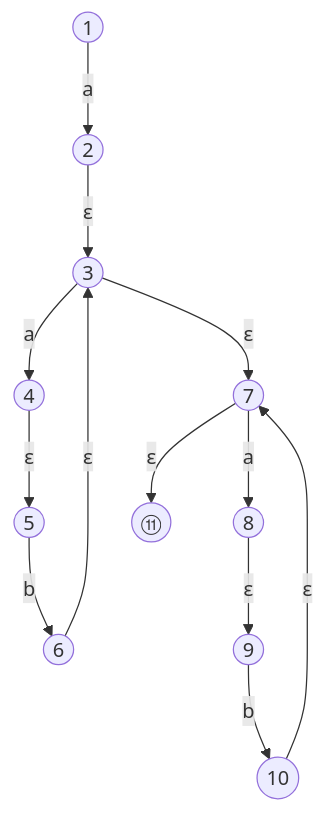
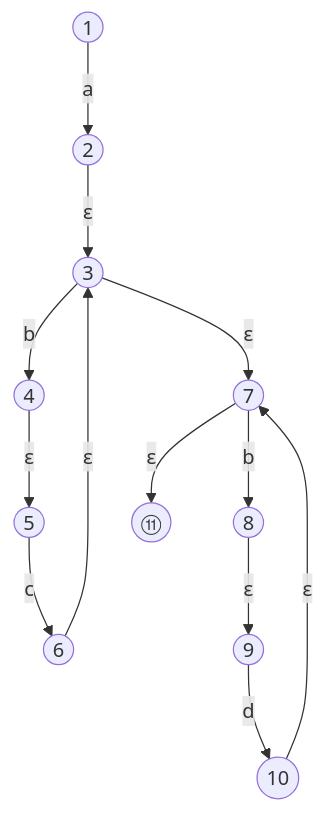
Before and after one commit to U-Ar/book-reading: the second of 3 diagrams in infomatics-textbook-series-compiler/PROBLEMS-c2.md, drawn with Mermaid. The commit also changed other lines of this file, not shown here.

````diff
--- a/infomatics-textbook-series-compiler/PROBLEMS-c2.md
+++ b/infomatics-textbook-series-compiler/PROBLEMS-c2.md
@@ -33,15 +33,15 @@
 ```mermaid
 graph TD;
   A((1)) --a--> B((2));
   B --ε--> C((3));
-  C --a--> D((4));
+  C --b--> D((4));
   D --ε--> E((5));
-  E --b--> F((6));
+  E --c--> F((6));
   F --ε--> C;
   C --ε--> G((7));
-  G --a--> H((8));
+  G --b--> H((8));
   H --ε--> I((9));
-  I --b--> J((10));
+  I --d--> J((10));
   J --ε--> G;
   G --ε--> K((⑪));
 ```
````
